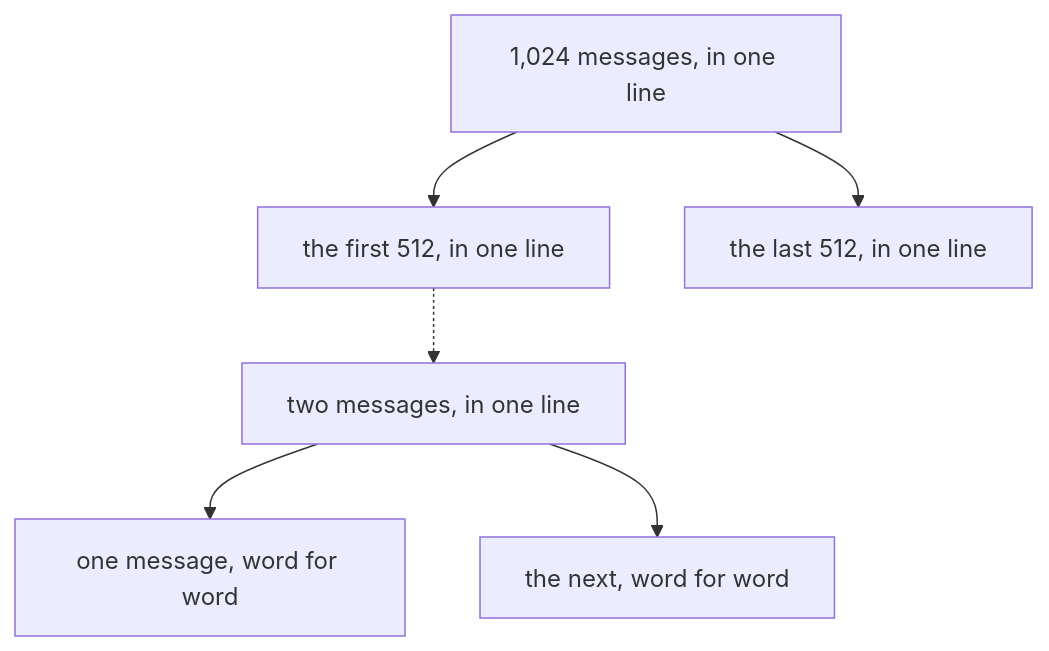
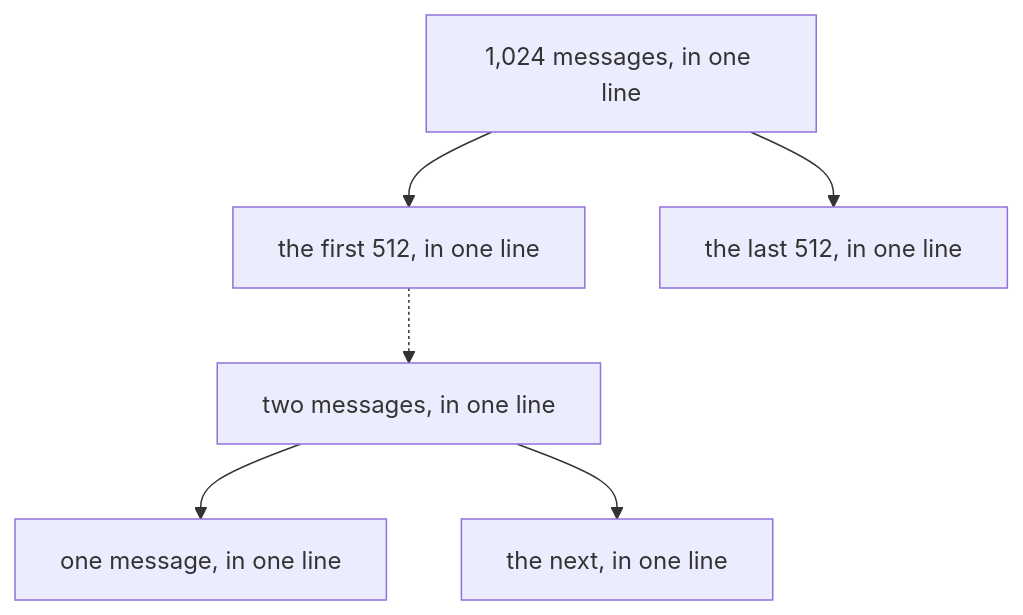
The diagram in README.md (4our4ace/illimitable-chat), drawn with Mermaid before and after one commit. The commit also changed other lines of this file, not shown here.

````diff
--- a/README.md
+++ b/README.md
@@ -46,6 +46,6 @@
 ```mermaid
 flowchart TD
   T["1,024 messages, in one line"] --> H1["the first 512, in one line"] & H2["the last 512, in one line"]
   H1 -.-> P["two messages, in one line"]
-  P --> M1["one message, word for word"] & M2["the next, word for word"]
+  P --> M1["one message, in one line"] & M2["the next, in one line"]
 ```
````
